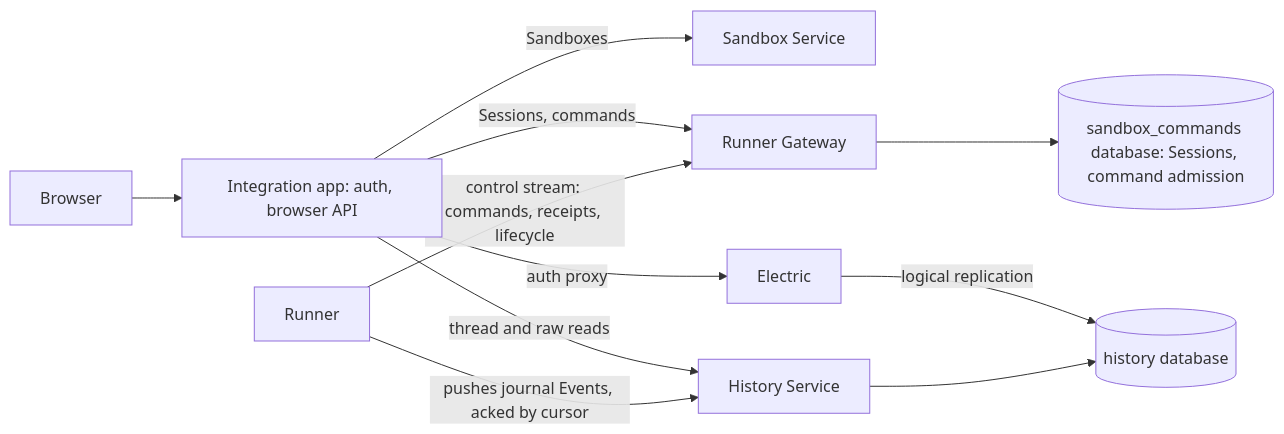
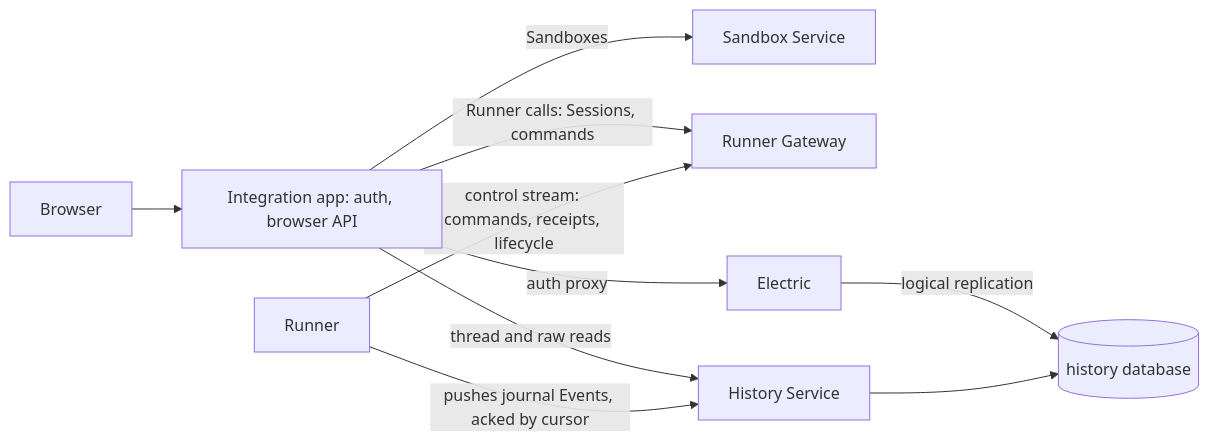
Before and after one commit to agentydragon-agent/ducktape: the diagram in agentplane/plans/history_service.md, drawn with Mermaid. The commit also changed other lines of this file and 1 other file, not shown here.

````diff
--- a/agentplane/plans/history_service.md
+++ b/agentplane/plans/history_service.md
@@ -8,13 +8,12 @@
 ```mermaid
 flowchart LR
     Browser --> App[Integration app: auth, browser API]
     App -- Sandboxes --> SS[Sandbox Service]
-    App -- Sessions, commands --> GW[Runner Gateway]
+    App -- Runner calls: Sessions, commands --> GW[Runner Gateway]
     App -- thread and raw reads --> HS[History Service]
     Electric -- logical replication --> HSDB[(history database)]
     App -- auth proxy --> Electric
     Runner -- control stream: commands, receipts, lifecycle --> GW
     Runner -- pushes journal Events, acked by cursor --> HS
     HS --> HSDB
-    GW --> GWDB[(sandbox_commands database: Sessions, command admission)]
 ```
````
